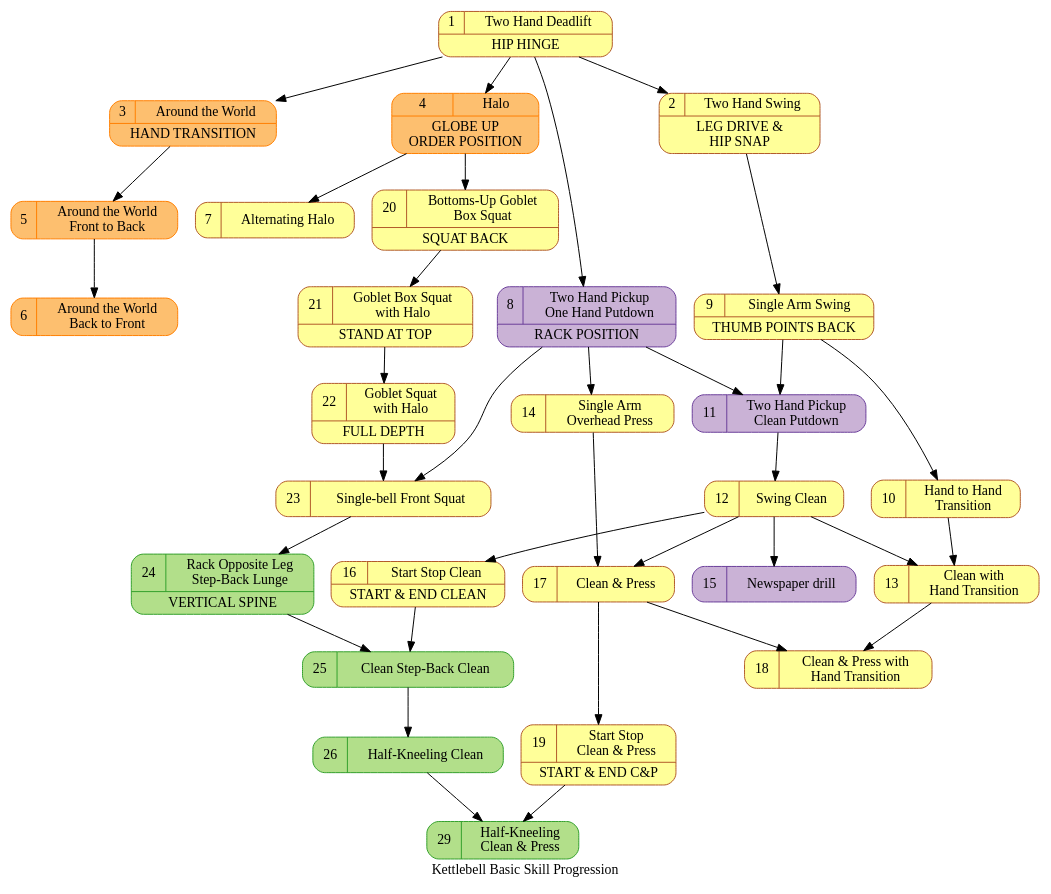
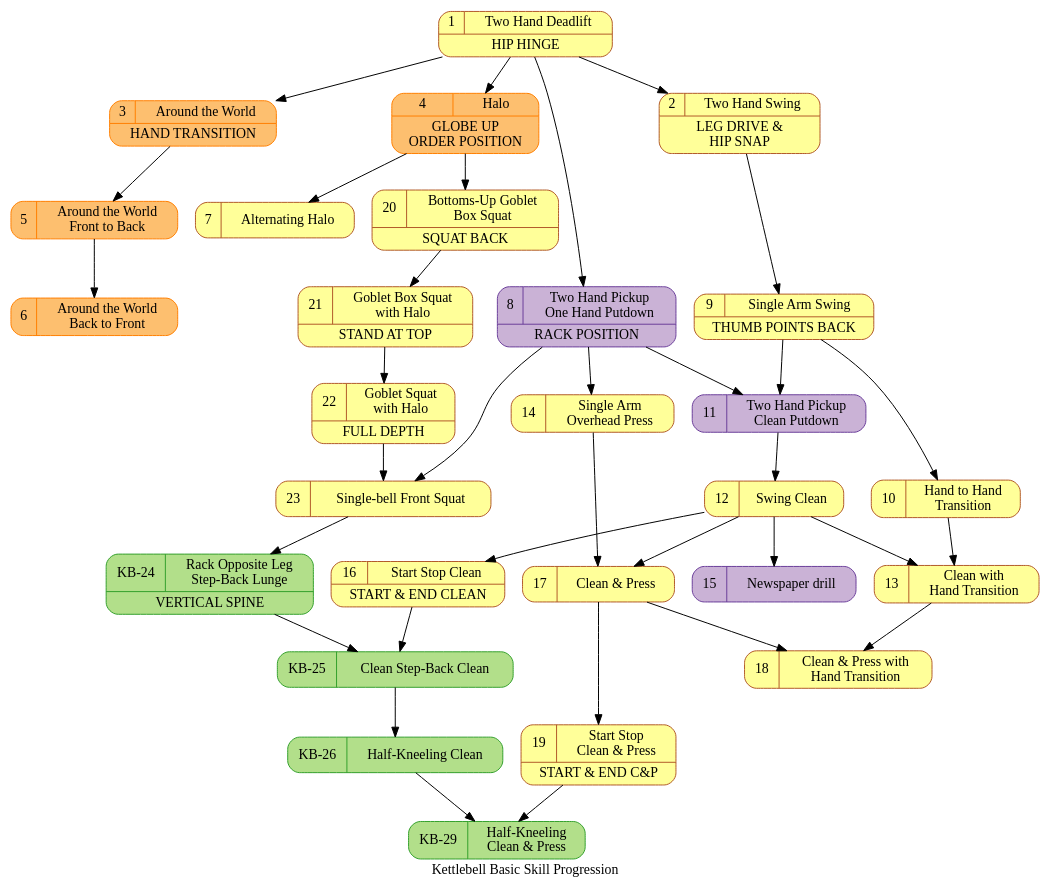
One commit to dznz/wildman-skill-trees changed the diagram in kb_basic_progression.gv. Above: the diagram before and after it, drawn with Graphviz. The commit also changed 1 other file, not shown here.

```diff
--- a/kb_basic_progression.gv
+++ b/kb_basic_progression.gv
@@ -1,93 +1,93 @@
 digraph kb_progression {
   // Kettlebell Basic Skill Progression Diagram © 2023
   // by dznz using knowledge from Mark Wildman is licensed
   // under CC BY-NC-SA 4.0 
   // http://creativecommons.org/licenses/by-nc-sa/4.0/
   label="Kettlebell Basic Skill Progression"
   node [colorscheme="paired12"]
   node [shape=record]
   node [style="rounded,filled"]
   node [color=12, fillcolor=11]
 
   subgraph warmup {
     node [color=8, fillcolor=7]
     mov_atw; mov_halo, mov_atwf2b, mov_atwb2f
   }
 
   subgraph aux {
     node [color=10, fillcolor=9]
     mov_2hu1hd; mov_2hucleandown; mov_news;
   }
 
   subgraph post {
     node [color=4, fillcolor=3]
     mov_racklunge
     mov_clean2sblunge
     mov_halfkneelclean
     mov_halfkneelcap
   }
   
   mov_deadlift [label="{{1|Two Hand Deadlift}|HIP HINGE}" URL="https://www.youtube.com/watch?v=x0XkmM34BPI&list=PLk4oYPJ7TXKhX8YqA2AVrfgs_pEF6p7KA&index=1"];
   mov_swing [label="{{2|Two Hand Swing}|LEG DRIVE &\nHIP SNAP}" URL="https://www.youtube.com/watch?v=m-S9H2XVvYg&list=PLk4oYPJ7TXKhX8YqA2AVrfgs_pEF6p7KA&index=2"]
   mov_atw [label="{{3|Around the World}|HAND TRANSITION}" URL="https://www.youtube.com/watch?v=XaegZzSbtr0&list=PLk4oYPJ7TXKhX8YqA2AVrfgs_pEF6p7KA&index=3"]
   mov_halo [label="{{4|Halo}|GLOBE UP\nORDER POSITION}" URL="https://www.youtube.com/watch?v=25xdtjbFPtw&list=PLk4oYPJ7TXKhX8YqA2AVrfgs_pEF6p7KA&index=4"]
   mov_atwf2b [label="5|Around the World\nFront to Back" URL="https://www.youtube.com/watch?v=TwlQQXAQpaQ&list=PLk4oYPJ7TXKhX8YqA2AVrfgs_pEF6p7KA&index=5"]
   mov_atwb2f [label="6|Around the World\nBack to Front" URL="https://www.youtube.com/watch?v=GrRO00YOIWM&list=PLk4oYPJ7TXKhX8YqA2AVrfgs_pEF6p7KA&index=6"]
   mov_althalo [label="7|Alternating Halo" URL="https://www.youtube.com/watch?v=SMpquy5zSL4&list=PLk4oYPJ7TXKhX8YqA2AVrfgs_pEF6p7KA&index=7"]
   mov_2hu1hd [label="{{8|Two Hand Pickup\nOne Hand Putdown}|RACK POSITION}" URL="https://www.youtube.com/watch?v=eMkDP9VmMc0&list=PLk4oYPJ7TXKhX8YqA2AVrfgs_pEF6p7KA&index=8"]
   mov_saswing [label="{{9|Single Arm Swing}|THUMB POINTS BACK}" URL="https://www.youtube.com/watch?v=ejPpyLKZ1L4&list=PLk4oYPJ7TXKhX8YqA2AVrfgs_pEF6p7KA&index=9"]
   mov_h2h [label="10|Hand to Hand\nTransition" URL="https://www.youtube.com/watch?v=0Uk0Rdm3QFs&list=PLk4oYPJ7TXKhX8YqA2AVrfgs_pEF6p7KA&index=10"]
   mov_2hucleandown [label="11|Two Hand Pickup\nClean Putdown" URL="https://www.youtube.com/watch?v=cQC2y-ByaAw&list=PLk4oYPJ7TXKhX8YqA2AVrfgs_pEF6p7KA&index=11"]
   mov_clean [label="12|Swing Clean" URL="https://www.youtube.com/watch?v=_nIsSXWs5iU&list=PLk4oYPJ7TXKhX8YqA2AVrfgs_pEF6p7KA&index=12"]
   mov_cleanh2h [label="13|Clean with\nHand Transition" URL="https://www.youtube.com/watch?v=6TVqHl2gtuM&list=PLk4oYPJ7TXKhX8YqA2AVrfgs_pEF6p7KA&index=13"]
   mov_press [label="14|Single Arm\nOverhead Press" URL="https://www.youtube.com/watch?v=XHkI03S6Pls&list=PLk4oYPJ7TXKhX8YqA2AVrfgs_pEF6p7KA&index=14"]
   mov_news [label="15|Newspaper drill" URL="https://www.youtube.com/watch?v=htByOXjHLXE&list=PLk4oYPJ7TXKhX8YqA2AVrfgs_pEF6p7KA&index=15"]
   mov_startstopclean [label="{{16|Start Stop Clean}|START & END CLEAN}" URL="https://www.youtube.com/watch?v=XbK3jxI0WNQ&list=PLk4oYPJ7TXKhX8YqA2AVrfgs_pEF6p7KA&index=16"]
   mov_cap [label="17|Clean & Press" URL="https://www.youtube.com/watch?v=SSxB3m5qRas&list=PLk4oYPJ7TXKhX8YqA2AVrfgs_pEF6p7KA&index=17"]
   mov_caph2h [label="18|Clean & Press with\nHand Transition" URL="https://www.youtube.com/watch?v=5Q4vMOYvAGg&list=PLk4oYPJ7TXKhX8YqA2AVrfgs_pEF6p7KA&index=18"]
   mov_startstopcap [label="{{19|Start Stop\nClean & Press}|START & END C&P}" URL="https://www.youtube.com/watch?v=dSj3kqbuois&list=PLk4oYPJ7TXKhX8YqA2AVrfgs_pEF6p7KA&index=19"]
   mov_gobboxsquat [label="{{20|Bottoms-Up Goblet\nBox Squat}|SQUAT BACK}" URL="https://www.youtube.com/watch?v=k5Bc7pkEmrU&list=PLk4oYPJ7TXKhX8YqA2AVrfgs_pEF6p7KA&index=20"]
   mov_boxsquathalo [label="{{21|Goblet Box Squat\nwith Halo}|STAND AT TOP}" URL="https://www.youtube.com/watch?v=Aik5-BStbnc&list=PLk4oYPJ7TXKhX8YqA2AVrfgs_pEF6p7KA&index=21"]
   mov_gobsquathalo [label="{{22|Goblet Squat\nwith Halo}|FULL DEPTH}" URL="https://www.youtube.com/watch?v=cnZ8Mx8NQPE&list=PLk4oYPJ7TXKhX8YqA2AVrfgs_pEF6p7KA&index=22"]
   mov_racksquat [label="{{23|Single-bell Front Squat}}" URL="https://www.youtube.com/watch?v=KTDVl0Lkdc4&list=PLk4oYPJ7TXKhX8YqA2AVrfgs_pEF6p7KA&index=23"]
 
   // Next skills
-  mov_racklunge [label="{{24|Rack Opposite Leg\nStep-Back Lunge}|VERTICAL SPINE}" URL="https://www.youtube.com/watch?v=KTDVl0Lkdc4&list=PLk4oYPJ7TXKhX8YqA2AVrfgs_pEF6p7KA&index=24"]
-  mov_clean2sblunge [label="{{25|Clean Step-Back Clean}}" URL="https://www.youtube.com/watch?v=KTDVl0Lkdc4&list=PLk4oYPJ7TXKhX8YqA2AVrfgs_pEF6p7KA&index=25"]
-  mov_halfkneelclean [label="{{26|Half-Kneeling Clean}}" URL="https://www.youtube.com/watch?v=KTDVl0Lkdc4&list=PLk4oYPJ7TXKhX8YqA2AVrfgs_pEF6p7KA&index=26"]
-  mov_halfkneelcap [label="{{29|Half-Kneeling\nClean & Press}}" URL="https://www.youtube.com/watch?v=KTDVl0Lkdc4&list=PLk4oYPJ7TXKhX8YqA2AVrfgs_pEF6p7KA&index=29"]
+  mov_racklunge [label="{{KB-24|Rack Opposite Leg\nStep-Back Lunge}|VERTICAL SPINE}" URL="https://www.youtube.com/watch?v=KTDVl0Lkdc4&list=PLk4oYPJ7TXKhX8YqA2AVrfgs_pEF6p7KA&index=24"]
+  mov_clean2sblunge [label="{{KB-25|Clean Step-Back Clean}}" URL="https://www.youtube.com/watch?v=KTDVl0Lkdc4&list=PLk4oYPJ7TXKhX8YqA2AVrfgs_pEF6p7KA&index=25"]
+  mov_halfkneelclean [label="{{KB-26|Half-Kneeling Clean}}" URL="https://www.youtube.com/watch?v=KTDVl0Lkdc4&list=PLk4oYPJ7TXKhX8YqA2AVrfgs_pEF6p7KA&index=26"]
+  mov_halfkneelcap [label="{{KB-29|Half-Kneeling\nClean & Press}}" URL="https://www.youtube.com/watch?v=KTDVl0Lkdc4&list=PLk4oYPJ7TXKhX8YqA2AVrfgs_pEF6p7KA&index=29"]
 
   mov_deadlift -> mov_swing;
   mov_deadlift -> mov_atw;
   mov_deadlift -> mov_halo;
   mov_atw -> mov_atwf2b;
   mov_atwf2b -> mov_atwb2f;
   mov_halo -> mov_althalo;
   mov_deadlift -> mov_2hu1hd;
   mov_swing -> mov_saswing;
   mov_saswing -> mov_h2h;
   mov_2hu1hd -> mov_2hucleandown;
   mov_saswing -> mov_2hucleandown;
   mov_2hucleandown -> mov_clean;
   mov_clean -> mov_cleanh2h;
   mov_h2h -> mov_cleanh2h;
   mov_2hu1hd -> mov_press;
   mov_clean -> mov_news;
   mov_clean -> mov_startstopclean;
   mov_clean -> mov_cap;
   mov_press -> mov_cap;
   mov_cap -> mov_caph2h;
   mov_cleanh2h -> mov_caph2h;
   mov_cap -> mov_startstopcap;
   mov_halo -> mov_gobboxsquat;
   mov_gobboxsquat -> mov_boxsquathalo;
   mov_boxsquathalo -> mov_gobsquathalo;
   mov_gobsquathalo -> mov_racksquat;
   mov_2hu1hd -> mov_racksquat;
   mov_racksquat -> mov_racklunge;
   mov_racklunge -> mov_clean2sblunge;
   mov_startstopclean -> mov_clean2sblunge;
   mov_clean2sblunge -> mov_halfkneelclean;
   mov_startstopcap -> mov_halfkneelcap;
   mov_halfkneelclean -> mov_halfkneelcap;
 }
```
